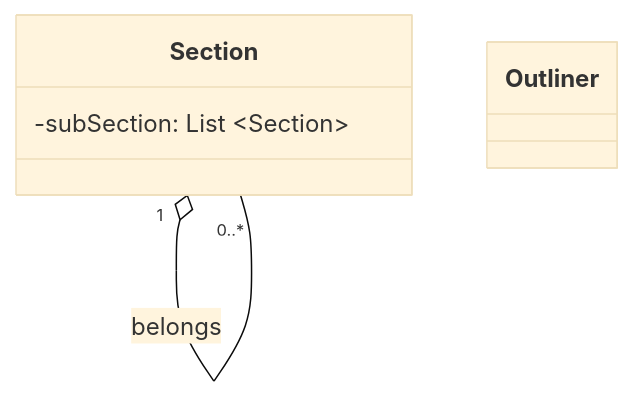
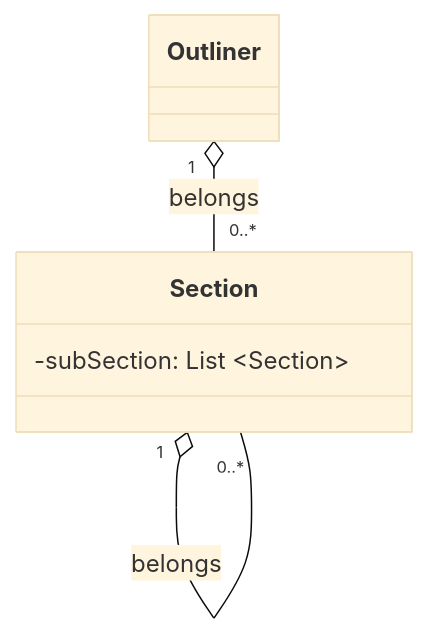
Before and after one commit to itsjihunpark/Microsoft-Word-Outliner-Clone: the diagram in docs/UMLTemplate.md, drawn with Mermaid (base theme).

Commit message:
Update file UMLTemplate.md

````diff
--- a/docs/UMLTemplate.md
+++ b/docs/UMLTemplate.md
@@ -24,11 +24,12 @@
 ```mermaid
 classDiagram
+    Outliner "1" o-- "0..*" Section : belongs
     Section "1" o-- "0..*" Section : belongs 
     class Outliner{
       
     }
     class Section{
       -subSection: List ~Section~
     }
 
 ```
````
